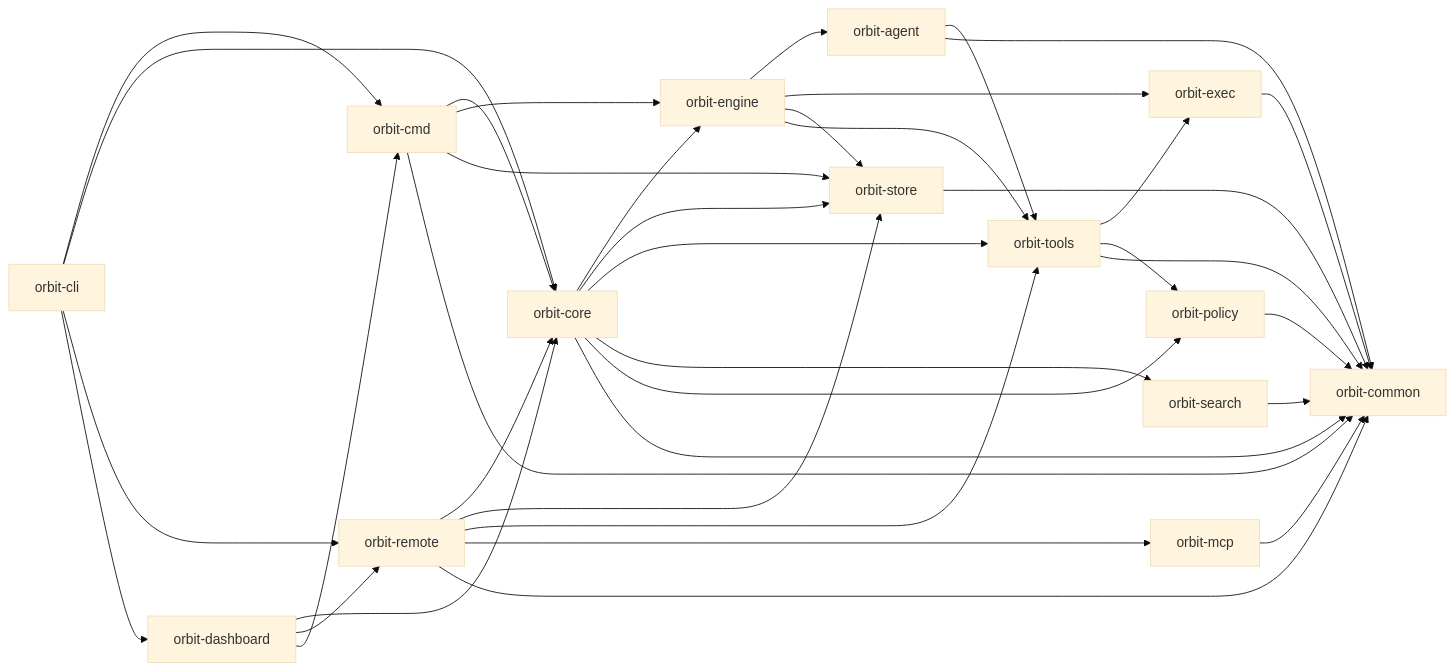
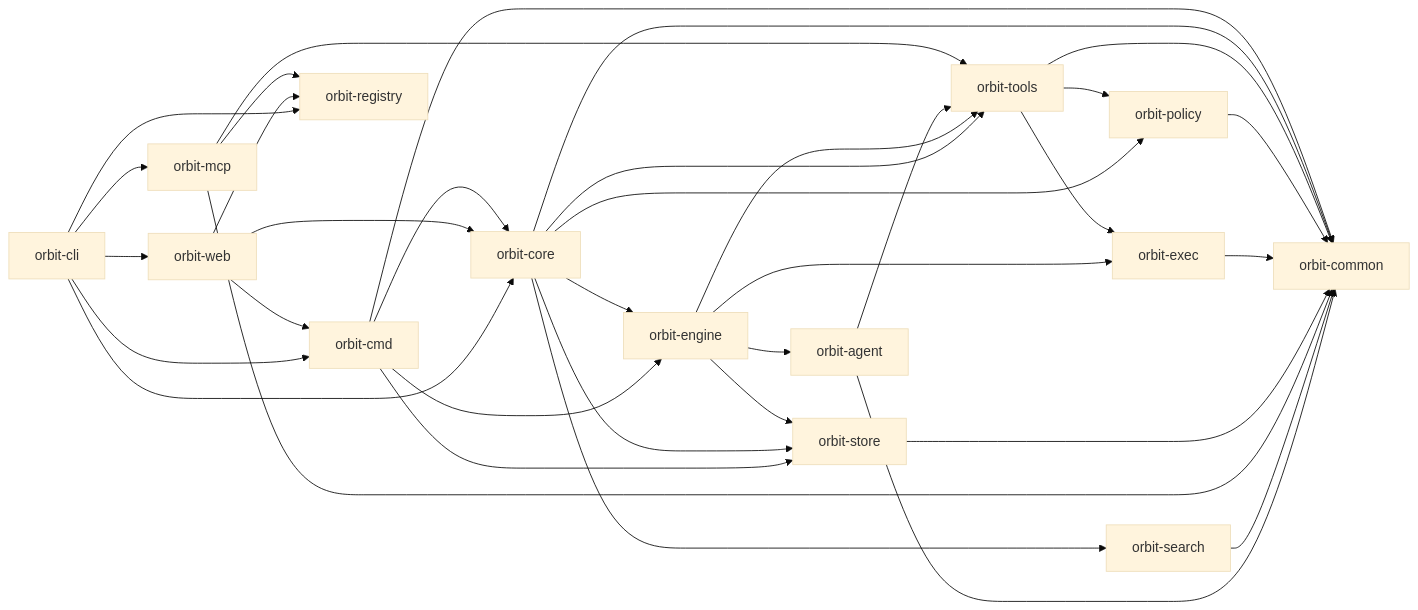
One commit to danieljhkim/orbit changed the diagram in website/src/content/docs/architecture/index.md. Above: the diagram before and after it, drawn with Mermaid (base theme). The commit also changed other lines of this file and 137 other files, not shown here.

````diff
--- a/website/src/content/docs/architecture/index.md
+++ b/website/src/content/docs/architecture/index.md
@@ -12,39 +12,37 @@
 ```mermaid
 flowchart LR
   CLI["orbit-cli"] --> Cmd["orbit-cmd"]
   CLI --> Core["orbit-core"]
-  CLI --> Remote["orbit-remote"]
-  CLI --> Dashboard["orbit-dashboard"]
-  Dashboard --> Core
-  Dashboard --> Remote
-  Dashboard --> Cmd
+  CLI --> MCP["orbit-mcp"]
+  CLI --> Registry["orbit-registry"]
+  CLI --> Web["orbit-web"]
+  Web --> Core
+  Web --> Registry
+  Web --> Cmd
   Cmd --> Core
   Cmd --> Engine
   Cmd --> Store
   Core --> Engine["orbit-engine"]
   Core --> Store["orbit-store"]
   Core --> Tools["orbit-tools"]
   Core --> Search["orbit-search"]
   Core --> Policy["orbit-policy"]
   Engine --> Agent["orbit-agent"]
   Engine --> Exec["orbit-exec"]
   Engine --> Store
   Engine --> Tools
   Agent --> Tools
   Agent --> Common["orbit-common"]
   Tools --> Exec
   Tools --> Policy
-  Remote --> Core
-  Remote --> Store
-  Remote --> Tools
-  Remote --> MCP["orbit-mcp"]
-  Remote --> Common
+  MCP --> Registry
+  MCP --> Tools
   Search --> Common
   MCP --> Common
   Store --> Common
   Exec --> Common
   Policy --> Common
   Tools --> Common
   Core --> Common
   Cmd --> Common
 ```
````
